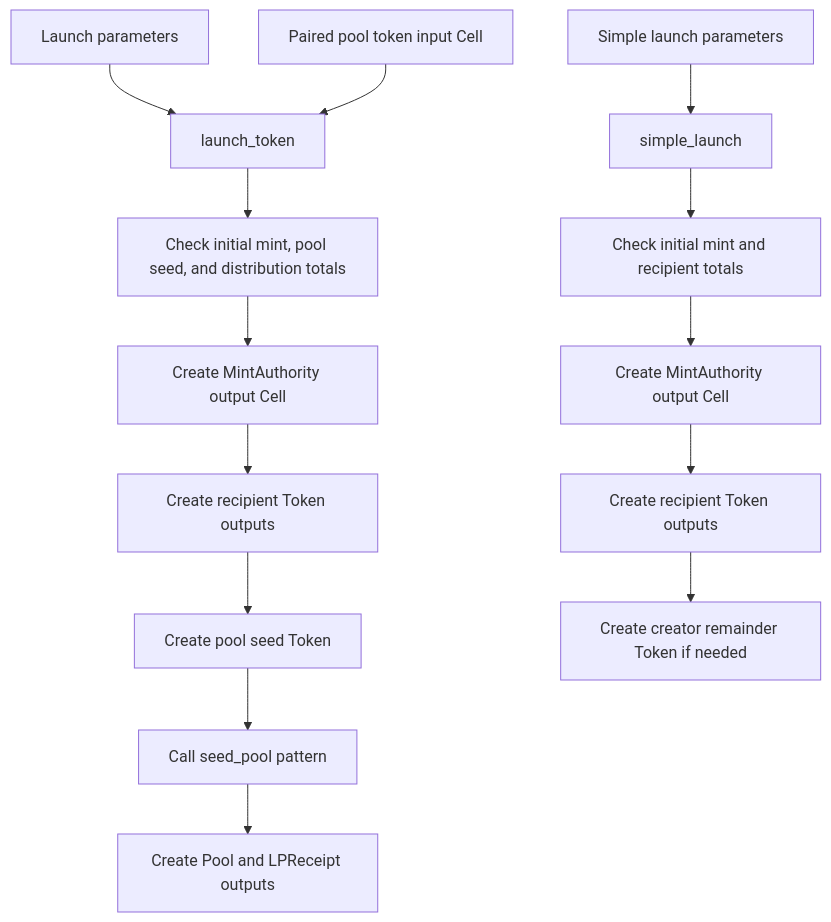
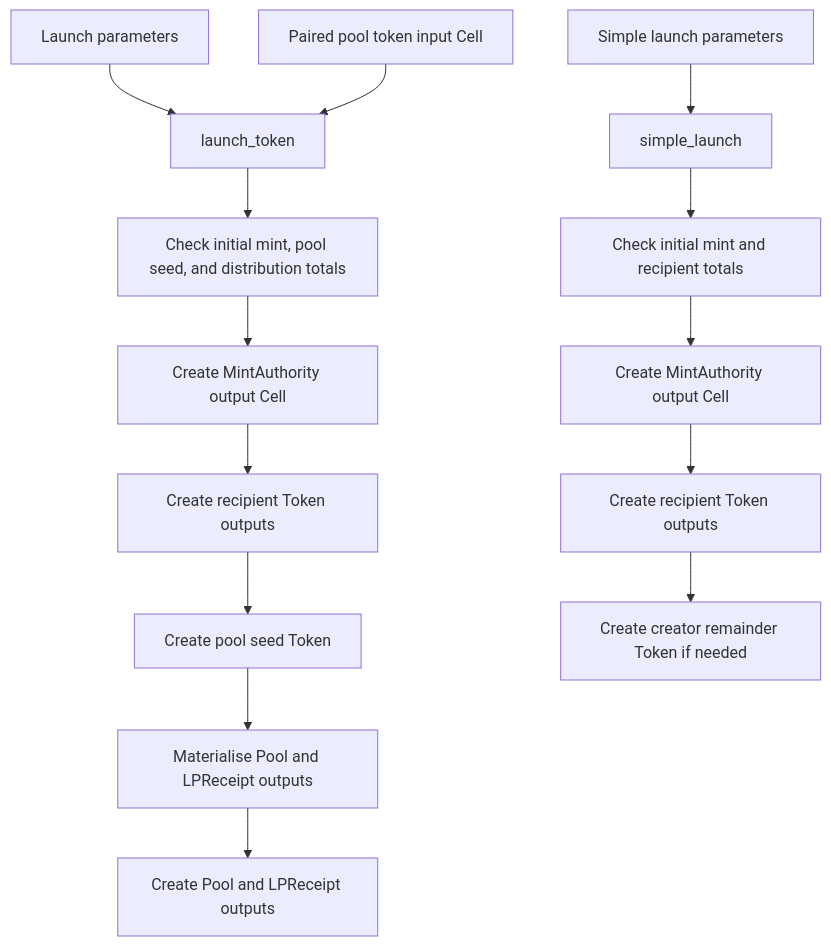
Before and after one commit to CellScript-Labs/CellScript: the third of 12 diagrams in docs/CELLSCRIPT_EXAMPLE_BUSINESS_FLOWS.md, drawn with Mermaid. The commit also changed other lines of this file and 7 other files, not shown here.

````diff
--- a/docs/CELLSCRIPT_EXAMPLE_BUSINESS_FLOWS.md
+++ b/docs/CELLSCRIPT_EXAMPLE_BUSINESS_FLOWS.md
@@ -122,17 +130,17 @@
 ```mermaid
 flowchart TD
     A["Launch parameters"] --> B["launch_token"]
     C["Paired pool token input Cell"] --> B
     B --> D["Check initial mint, pool seed, and distribution totals"]
     D --> E["Create MintAuthority output Cell"]
     E --> F["Create recipient Token outputs"]
     F --> G["Create pool seed Token"]
-    G --> H["Call seed_pool pattern"]
+    G --> H["Materialise Pool and LPReceipt outputs"]
     H --> I["Create Pool and LPReceipt outputs"]
 
     J["Simple launch parameters"] --> K["simple_launch"]
     K --> L["Check initial mint and recipient totals"]
     L --> M["Create MintAuthority output Cell"]
     M --> N["Create recipient Token outputs"]
     N --> O["Create creator remainder Token if needed"]
 ```
````
